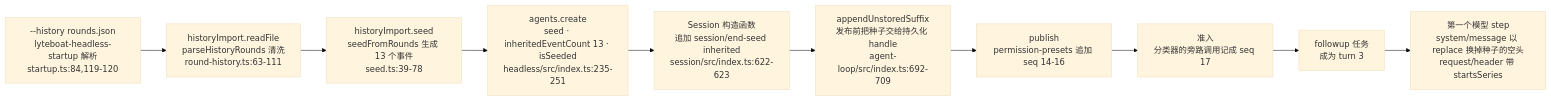
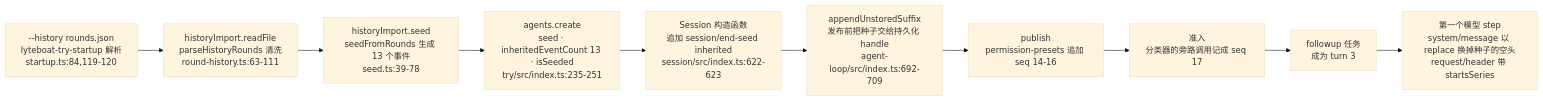
Before and after one commit to lyteboat/boat: diagram 11 of 11 in docs/01-architecture.md, drawn with Mermaid (base theme). The commit also changed other lines of this file and 9 other files, not shown here.

````diff
--- a/docs/01-architecture.md
+++ b/docs/01-architecture.md
@@ -1299,12 +1315,12 @@
 ```mermaid
 flowchart LR
-  arg["--history rounds.json<br/>lyteboat-headless-startup 解析<br/>startup.ts:84,119-120"] --> rf["historyImport.readFile<br/>parseHistoryRounds 清洗<br/>round-history.ts:63-111"]
+  arg["--history rounds.json<br/>lyteboat-try-startup 解析<br/>startup.ts:84,119-120"] --> rf["historyImport.readFile<br/>parseHistoryRounds 清洗<br/>round-history.ts:63-111"]
   rf --> sd["historyImport.seed<br/>seedFromRounds 生成 13 个事件<br/>seed.ts:39-78"]
-  sd --> cr["agents.create<br/>seed · inheritedEventCount 13 · isSeeded<br/>headless/src/index.ts:235-251"]
+  sd --> cr["agents.create<br/>seed · inheritedEventCount 13 · isSeeded<br/>try/src/index.ts:235-251"]
   cr --> es["Session 构造函数<br/>追加 session/end-seed inherited<br/>session/src/index.ts:622-623"]
   es --> st["appendUnstoredSuffix<br/>发布前把种子交给持久化 handle<br/>agent-loop/src/index.ts:692-709"]
   st --> pub["publish<br/>permission-presets 追加 seq 14-16"]
   pub --> adm["准入<br/>分类器的旁路调用记成 seq 17"]
   adm --> task["followup 任务<br/>成为 turn 3"]
   task --> rep["第一个模型 step<br/>system/message 以 replace 换掉种子的空头<br/>request/header 带 startsSeries"]
 ```
````
